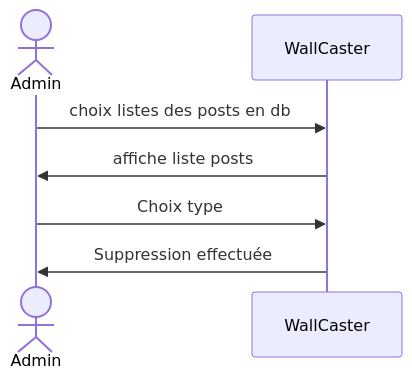
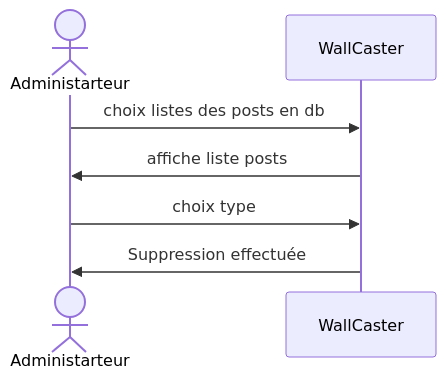
Diagram 12 of 15 in doc/analisis-report.md (WallCaster/WallCaster), drawn with Mermaid before and after one commit. The commit also changed other lines of this file, not shown here.

Commit message:
fix: replace plantuml

````diff
--- a/doc/analisis-report.md
+++ b/doc/analisis-report.md
@@ -247,10 +210,11 @@
 ```mermaid
 sequenceDiagram
-  actor A as Admin
-  participant W as WallCaster
 
-  A ->> W : choix listes des posts en db
-  W ->> A : affiche liste posts
-  A ->> W : Choix type
-  W ->> A : Suppression effectuée
+actor Adm as Administarteur
+participant Wl as WallCaster 
+
+Adm ->> Wl : choix listes des posts en db
+Wl ->> Adm : affiche liste posts
+Adm ->> Wl : choix type
+Wl ->> Adm : Suppression effectuée
 ```
````
